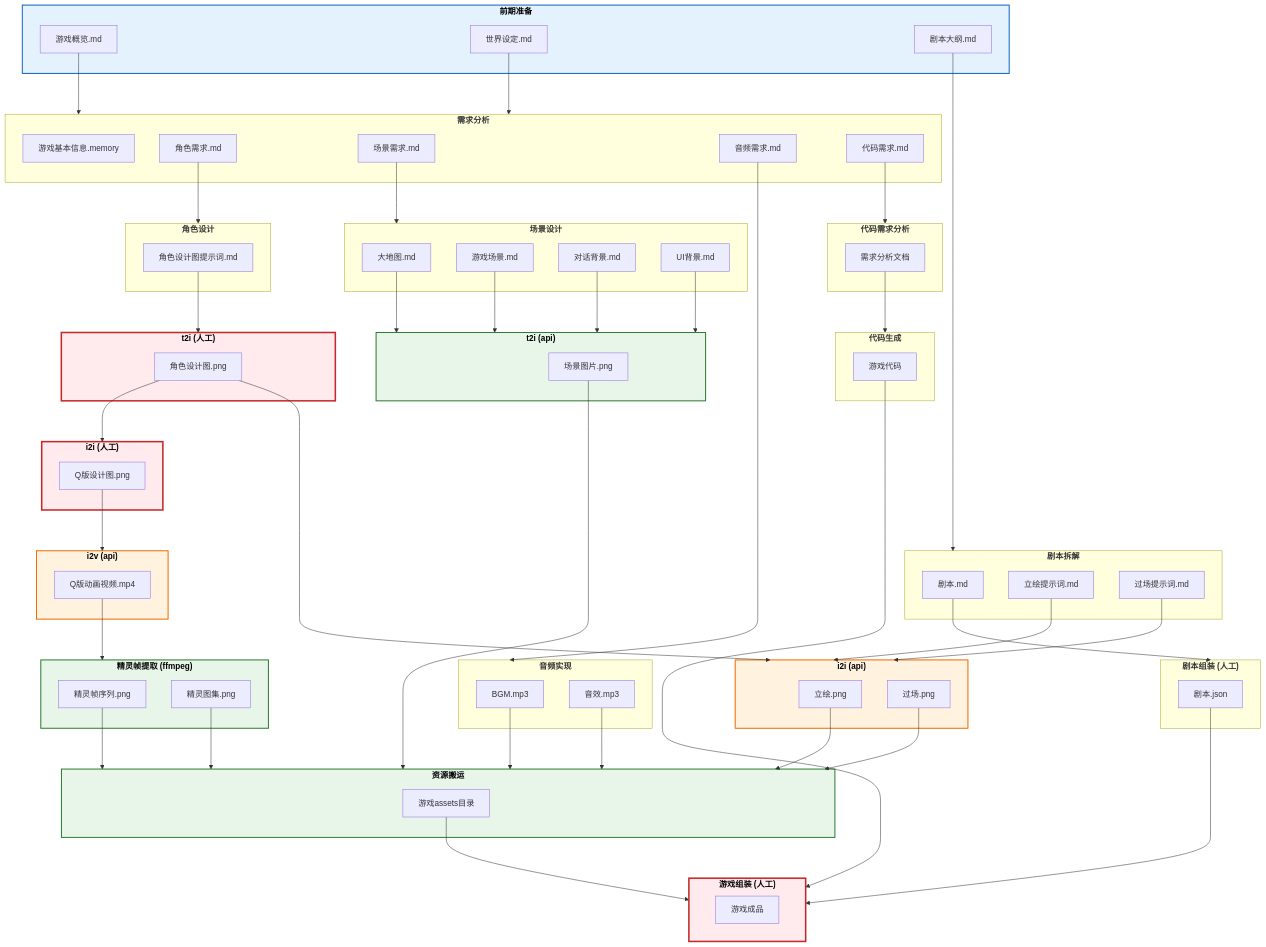
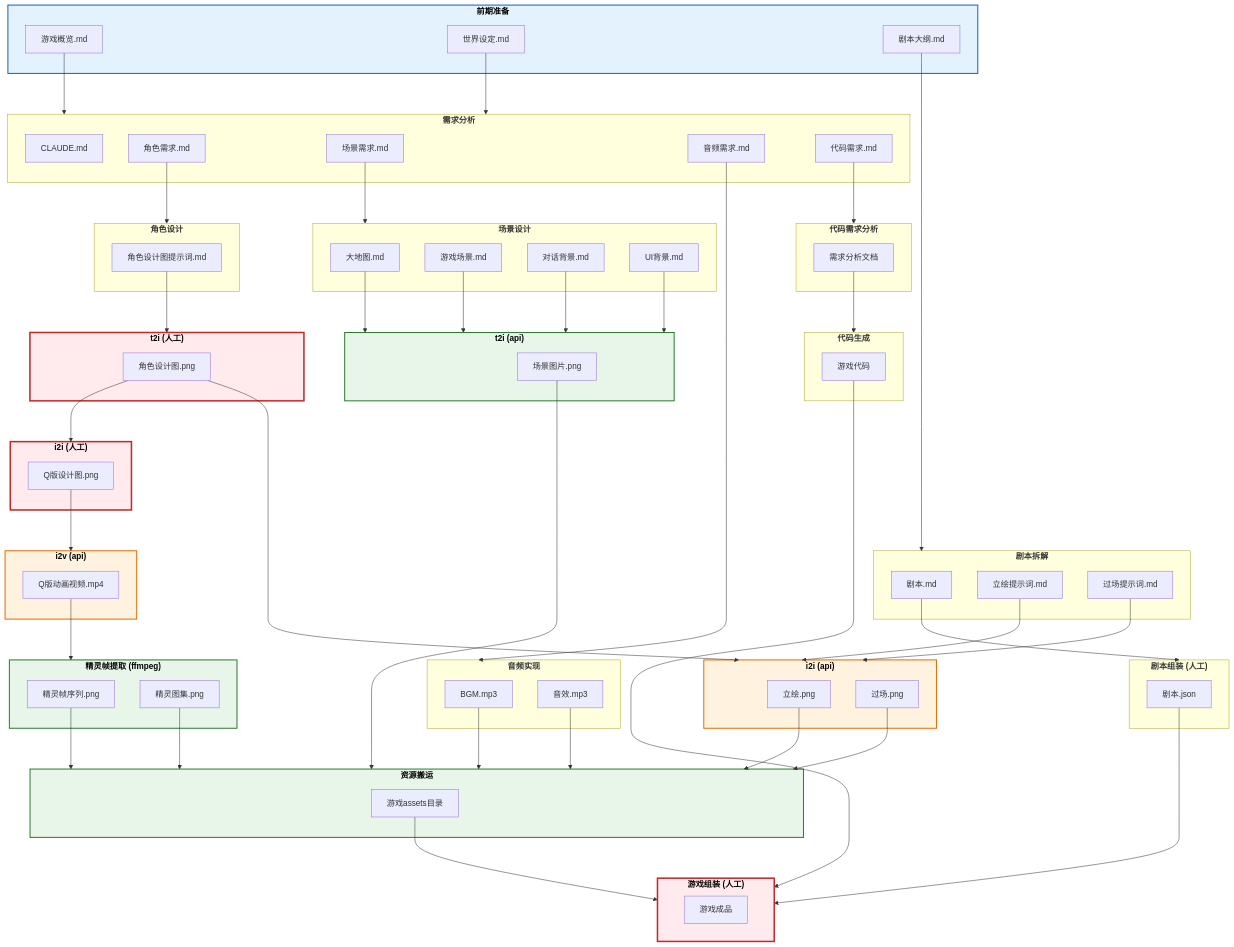
One commit to CrazyJinn/AllCopper changed the diagram in README.md. Above: the diagram before and after it, drawn with Mermaid. The commit also changed 20 other files, not shown here.

````diff
--- a/README.md
+++ b/README.md
@@ -4,130 +4,130 @@
 %%{init: {'flowchart': {'nodeSpacing': 50, 'rankSpacing': 80, 'curve': 'basis', 'htmlLabels': true}, 'themeVariables': {'nodeTextAlignment': 'center', 'subGraphTitleFontWeight': 'bold'}}}%%
 flowchart TB
     %% ========== 前期准备 ==========
-    subgraph S0前期准备["<b>前期准备</b>"]
+    subgraph 前期准备["<b>前期准备</b>"]
         A1[游戏概览.md]
         A2[世界设定.md]
         A3[剧本大纲.md]
     end
 
-    %% ========== 1. 需求分析 ==========
-    subgraph S1需求分析["<b>需求分析</b>"]
-        S1O1[游戏基本信息.memory]
+    %% ========== 需求分析 ==========
+    subgraph 需求分析["<b>需求分析</b>"]
+        S1O1[CLAUDE.md]
         S1O2[角色需求.md]
         S1O3[场景需求.md]
         S1O4[音频需求.md]
         S1O5[代码需求.md]
     end
 
-    %% ========== 2. 剧本拆解 ==========
-    subgraph S2剧本拆解["<b>剧本拆解</b>"]
+    %% ========== 剧本拆解 ==========
+    subgraph 剧本拆解["<b>剧本拆解</b>"]
         S2O1[剧本.md]
         S2O2[立绘提示词.md]
         S2O3[过场提示词.md]
     end
 
-    %% ========== 3. 角色设计 ==========
-    subgraph S3角色设计["<b>角色设计</b>"]
+    %% ========== 角色设计 ==========
+    subgraph 角色设计["<b>角色设计</b>"]
         S3O1[角色设计图提示词.md]
     end
 
-    %% ========== 4. 场景设计 ==========
-    subgraph S4场景设计["<b>场景设计</b>"]
+    %% ========== 场景设计 ==========
+    subgraph 场景设计["<b>场景设计</b>"]
         S4O1[大地图.md]
         S4O2[游戏场景.md]
         S4O3[对话背景.md]
         S4O4[UI背景.md]
     end
 
-    %% ========== 5. 代码需求分析 ==========
-    subgraph S5代码需求分析["<b>代码需求分析</b>"]
+    %% ========== 代码需求分析 ==========
+    subgraph 代码需求分析["<b>代码需求分析</b>"]
         S5O1[需求分析文档]
     end
 
-    %% ========== 6. t2i(人工) ==========
-    subgraph S6t2i人工["<b>t2i (人工)</b>"]
+    %% ========== t2i(人工) ==========
+    subgraph t2i人工["<b>t2i (人工)</b>"]
         S6O1[角色设计图.png]
     end
 
-    %% ========== 7. t2i(api) ==========
-    subgraph S7t2iapi["<b>t2i (api)</b>"]
+    %% ========== t2i(api) ==========
+    subgraph t2iapi["<b>t2i (api)</b>"]
         S7O1[场景图片.png]
     end
 
-    %% ========== 8. i2i(api) ==========
-    subgraph S8i2i图片["<b>i2i (api)</b>"]
+    %% ========== i2i(api) ==========
+    subgraph i2i图片["<b>i2i (api)</b>"]
         S8O1[立绘.png]
         S8O2[过场.png]
     end
 
-    %% ========== 9. i2i(人工) ==========
-    subgraph S9i2i人工["<b>i2i (人工)</b>"]
+    %% ========== i2i(人工) ==========
+    subgraph i2i人工["<b>i2i (人工)</b>"]
         S9O1[Q版设计图.png]
     end
 
-    %% ========== 10. i2v(api) ==========
-    subgraph S10i2vapi["<b>i2v (api)</b>"]
+    %% ========== i2v(api) ==========
+    subgraph i2vapi["<b>i2v (api)</b>"]
         S10O1[Q版动画视频.mp4]
     end
 
-    %% ========== 11. 精灵帧提取 ==========
-    subgraph S11精灵帧提取["<b>精灵帧提取 (ffmpeg)</b>"]
+    %% ========== 精灵帧提取 ==========
+    subgraph 精灵帧提取["<b>精灵帧提取 (ffmpeg)</b>"]
         S11O1[精灵帧序列.png]
         S11O2[精灵图集.png]
     end
 
-    %% ========== 12. 音频实现 ==========
-    subgraph S12音频实现["<b>音频实现</b>"]
+    %% ========== 音频实现 ==========
+    subgraph 音频实现["<b>音频实现</b>"]
         S12O1[BGM.mp3]
         S12O2[音效.mp3]
     end
 
-    %% ========== 13. 代码生成 ==========
-    subgraph S13代码生成["<b>代码生成</b>"]
+    %% ========== 代码生成 ==========
+    subgraph 代码生成["<b>代码生成</b>"]
         S13O1[游戏代码]
     end
 
-    %% ========== 14. 资源搬运 ==========
-    subgraph S14资源搬运["<b>资源搬运</b>"]
+    %% ========== 资源搬运 ==========
+    subgraph 资源搬运["<b>资源搬运</b>"]
         S14O1[游戏assets目录]
     end
 
-    %% ========== 15. 游戏组装 ==========
-    subgraph S15游戏组装["<b>游戏组装 (人工)</b>"]
+    %% ========== 游戏组装 ==========
+    subgraph 游戏组装["<b>游戏组装 (人工)</b>"]
         S15O1[游戏成品]
     end
 
-    %% ========== 16. 剧本组装 ==========
-    subgraph S16剧本组装["<b>剧本组装 (人工)</b>"]
+    %% ========== 剧本组装 ==========
+    subgraph 剧本组装["<b>剧本组装 (人工)</b>"]
         S16O1[剧本.json]
     end
 
     %% ========== 主流程连接线 ==========
-    A1 & A2 --> S1需求分析
-    A3 --> S2剧本拆解
+    A1 & A2 --> 需求分析
+    A3 --> 剧本拆解
 
-    S1O2 --> S3角色设计
-    S1O3 --> S4场景设计
-    S1O5 --> S5代码需求分析
+    S1O2 --> 角色设计
+    S1O3 --> 场景设计
+    S1O5 --> 代码需求分析
 
-    S3O1 --> S6t2i人工
-    S2O2 & S2O3 --> S8i2i图片
-    S4O1 & S4O2 & S4O3 & S4O4 --> S7t2iapi
+    S3O1 --> t2i人工
+    S2O2 & S2O3 --> i2i图片
+    S4O1 & S4O2 & S4O3 & S4O4 --> t2iapi
 
-    S6O1 --> S8i2i图片
-    S6O1 --> S9i2i人工
+    S6O1 --> i2i图片
+    S6O1 --> i2i人工
 
-    S9O1 --> S10i2vapi
-    S10O1 --> S11精灵帧提取
+    S9O1 --> i2vapi
+    S10O1 --> 精灵帧提取
 
-    S1O4 --> S12音频实现
+    S1O4 --> 音频实现
 
-    S5O1 --> S13代码生成
+    S5O1 --> 代码生成
 
-    S2O1 --> S16剧本组装
+    S2O1 --> 剧本组装
 
-    S7O1 & S8O1 & S8O2 & S11O1 & S11O2 & S12O1 & S12O2 --> S14资源搬运
-    S14O1 & S13O1 & S16O1 --> S15游戏组装
+    S7O1 & S8O1 & S8O2 & S11O1 & S11O2 & S12O1 & S12O2 --> 资源搬运
+    S14O1 & S13O1 & S16O1 --> 游戏组装
 
     %% ========== 样式定义 ==========
     classDef manual fill:#ffebee,stroke:#c62828,stroke-width:3px,color:#000
@@ -135,8 +135,8 @@
     classDef auto fill:#e8f5e9,stroke:#2e7d32,stroke-width:2px,color:#000
     classDef input fill:#e3f2fd,stroke:#1565c0,stroke-width:2px,color:#000
 
-    class S6t2i人工,S9i2i人工,S15游戏组装 manual
-    class S8i2i图片,S10i2vapi semi
-    class S7t2iapi,S11精灵帧提取,S14资源搬运 auto
-    class S0前期准备 input
+    class t2i人工,i2i人工,游戏组装 manual
+    class i2i图片,i2vapi semi
+    class t2iapi,精灵帧提取,资源搬运 auto
+    class 前期准备 input
 ```
````
